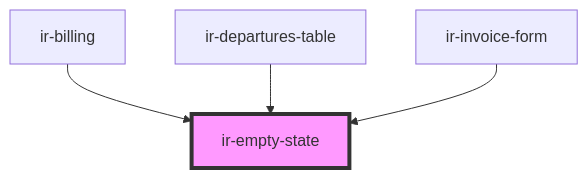
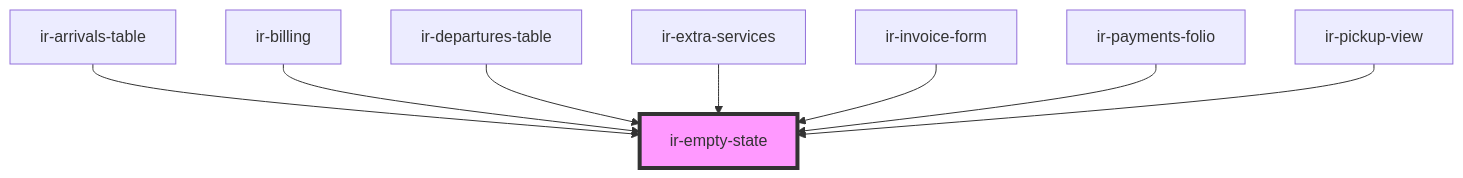
The diagram in src/components/ir-empty-state/readme.md (David1Chowaifaty/modified-ir-webcmp), drawn with Mermaid before and after one commit. The commit also changed other lines of this file and 20 other files, not shown here.

````diff
--- a/src/components/ir-empty-state/readme.md
+++ b/src/components/ir-empty-state/readme.md
@@ -31,7 +35,11 @@
 ```mermaid
 graph TD;
+  ir-arrivals-table --> ir-empty-state
   ir-billing --> ir-empty-state
   ir-departures-table --> ir-empty-state
+  ir-extra-services --> ir-empty-state
   ir-invoice-form --> ir-empty-state
+  ir-payments-folio --> ir-empty-state
+  ir-pickup-view --> ir-empty-state
   style ir-empty-state fill:#f9f,stroke:#333,stroke-width:4px
 ```
````
